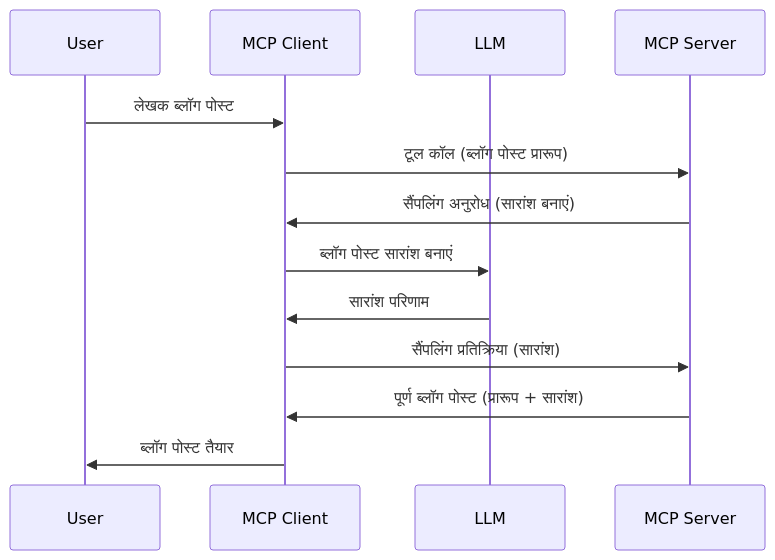
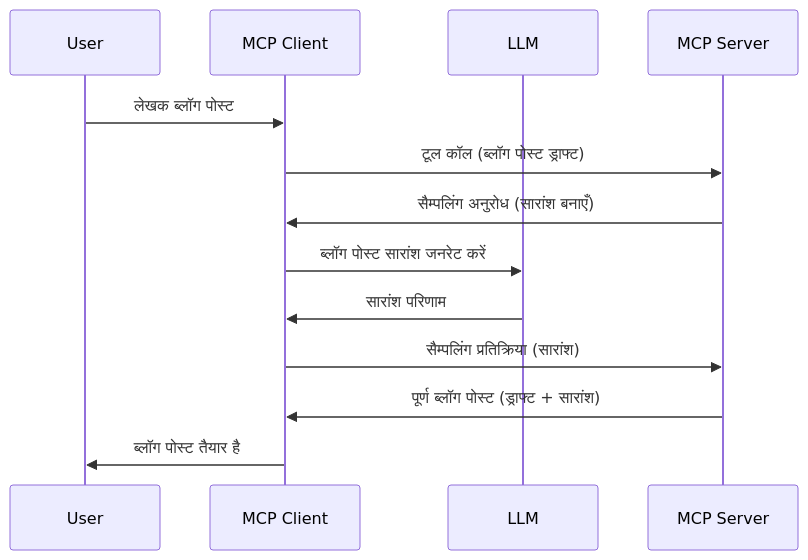
Before and after one commit to HIDORAKAI002/ai-workspace-archive: the diagram in mcp_ecosystem__model_context_protocol/mcp_learning_resources/mcp-for-beginners/translations/hi/03-GettingStarted/14-sampling/README.md, drawn with Mermaid. The commit also changed other lines of this file and 5748 other files, not shown here.

Commit message:
chore(sync): update MCP Python SDK, MCP TypeScript SDK, Supabase MCP, Kubernetes MCP Server, Git MCP, MCP Agent, Awesome ChatGPT Prompts, Langfuse, +62 more

````diff
--- a/mcp_ecosystem__model_context_protocol/mcp_learning_resources/mcp-for-beginners/translations/hi/03-GettingStarted/14-sampling/README.md
+++ b/mcp_ecosystem__model_context_protocol/mcp_learning_resources/mcp-for-beginners/translations/hi/03-GettingStarted/14-sampling/README.md
@@ -25,16 +27,16 @@
 ```mermaid
 sequenceDiagram
     participant User
     participant MCP Client
     participant LLM
     participant MCP Server
 
     User->>MCP Client: लेखक ब्लॉग पोस्ट
-    MCP Client->>MCP Server: टूल कॉल (ब्लॉग पोस्ट प्रारूप)
-    MCP Server->>MCP Client: सैंपलिंग अनुरोध (सारांश बनाएं)
-    MCP Client->>LLM: ब्लॉग पोस्ट सारांश बनाएं
+    MCP Client->>MCP Server: टूल कॉल (ब्लॉग पोस्ट ड्राफ्ट)
+    MCP Server->>MCP Client: सैम्पलिंग अनुरोध (सारांश बनाएँ)
+    MCP Client->>LLM: ब्लॉग पोस्ट सारांश जनरेट करें
     LLM->>MCP Client: सारांश परिणाम
-    MCP Client->>MCP Server: सैंपलिंग प्रतिक्रिया (सारांश)
-    MCP Server->>MCP Client: पूर्ण ब्लॉग पोस्ट (प्रारूप + सारांश)
-    MCP Client->>User: ब्लॉग पोस्ट तैयार
+    MCP Client->>MCP Server: सैम्पलिंग प्रतिक्रिया (सारांश)
+    MCP Server->>MCP Client: पूर्ण ब्लॉग पोस्ट (ड्राफ्ट + सारांश)
+    MCP Client->>User: ब्लॉग पोस्ट तैयार है
 ```
````
